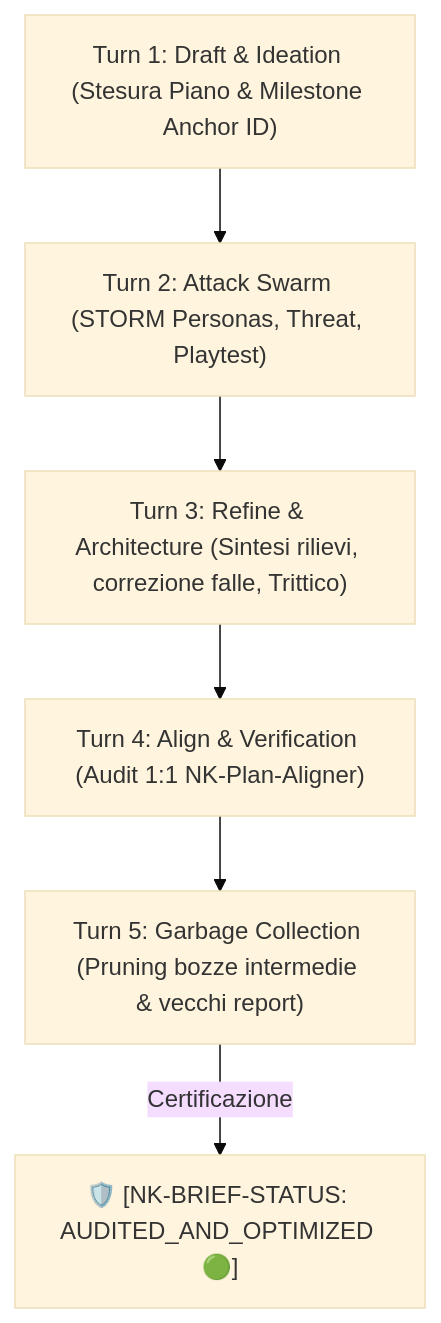
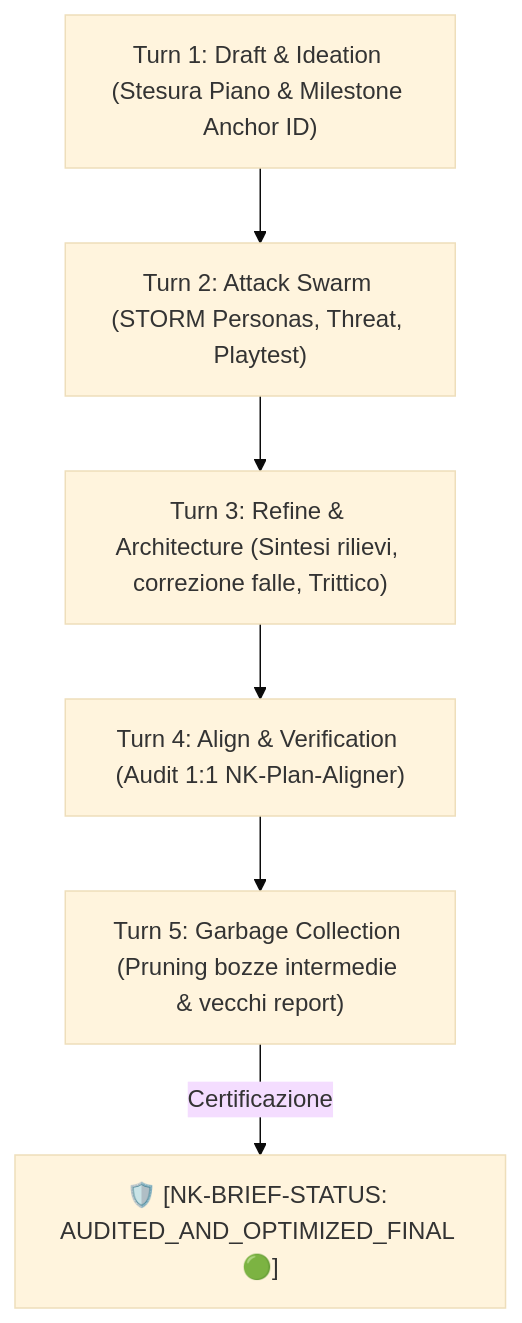
One commit to erbaldo86/NK-Hub changed the diagram in nk_genome/concept_map.md. Above: the diagram before and after it, drawn with Mermaid (base theme). The commit also changed other lines of this file and 971 other files, not shown here.

````diff
--- a/nk_genome/concept_map.md
+++ b/nk_genome/concept_map.md
@@ -23,8 +29,8 @@
 ```mermaid
 graph TD
     T1["Turn 1: Draft & Ideation (Stesura Piano & Milestone Anchor ID)"] --> T2["Turn 2: Attack Swarm (STORM Personas, Threat, Playtest)"]
     T2 --> T3["Turn 3: Refine & Architecture (Sintesi rilievi, correzione falle, Trittico)"]
     T3 --> T4["Turn 4: Align & Verification (Audit 1:1 NK-Plan-Aligner)"]
     T4 --> T5["Turn 5: Garbage Collection (Pruning bozze intermedie & vecchi report)"]
-    T5 -->|Certificazione| Badge["🛡️ [NK-BRIEF-STATUS: AUDITED_AND_OPTIMIZED 🟢]"]
+    T5 -->|Certificazione| Badge["🛡️ [NK-BRIEF-STATUS: AUDITED_AND_OPTIMIZED_FINAL 🟢]"]
 ```
````
